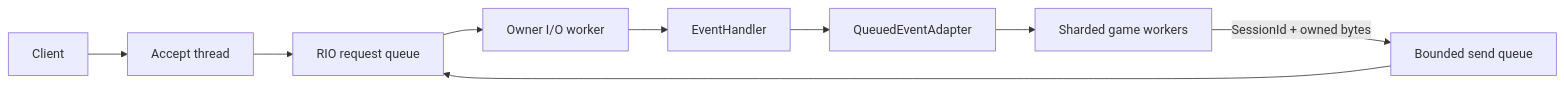
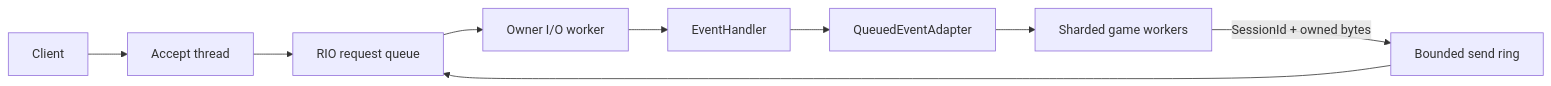
One commit to jacking75/RIONetLite changed the diagram in docs/architecture.md. Above: the diagram before and after it, drawn with Mermaid. The commit also changed other lines of this file and 51 other files, not shown here.

````diff
--- a/docs/architecture.md
+++ b/docs/architecture.md
@@ -3,11 +3,11 @@
 ```mermaid
 flowchart LR
   Client --> Accept[Accept thread]
   Accept --> RQ[RIO request queue]
   RQ --> IO[Owner I/O worker]
   IO --> Handler[EventHandler]
   Handler --> Adapter[QueuedEventAdapter]
   Adapter --> Logic[Sharded game workers]
-  Logic -->|SessionId + owned bytes| Send[Bounded send queue]
+  Logic -->|SessionId + owned bytes| Send[Bounded send ring]
   Send --> RQ
 ```
````
